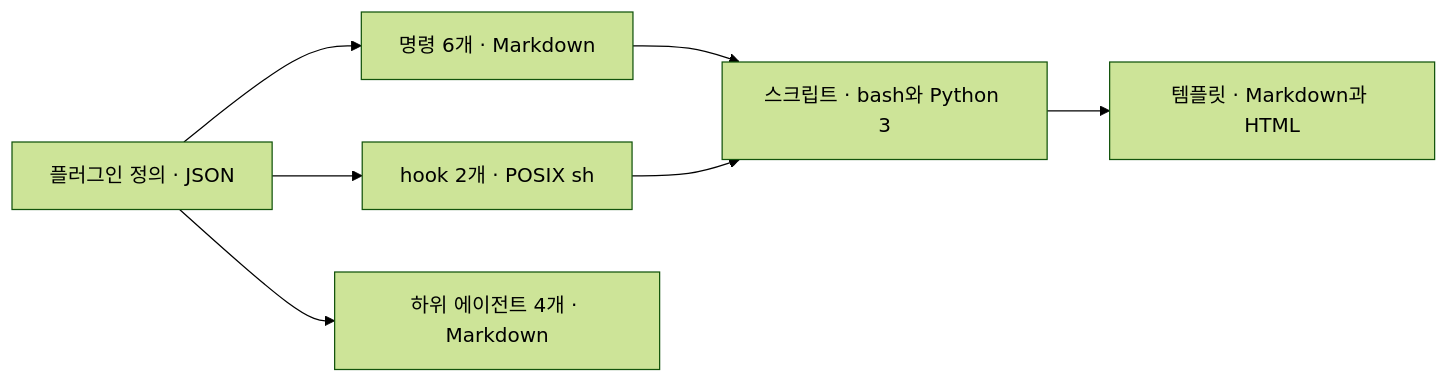
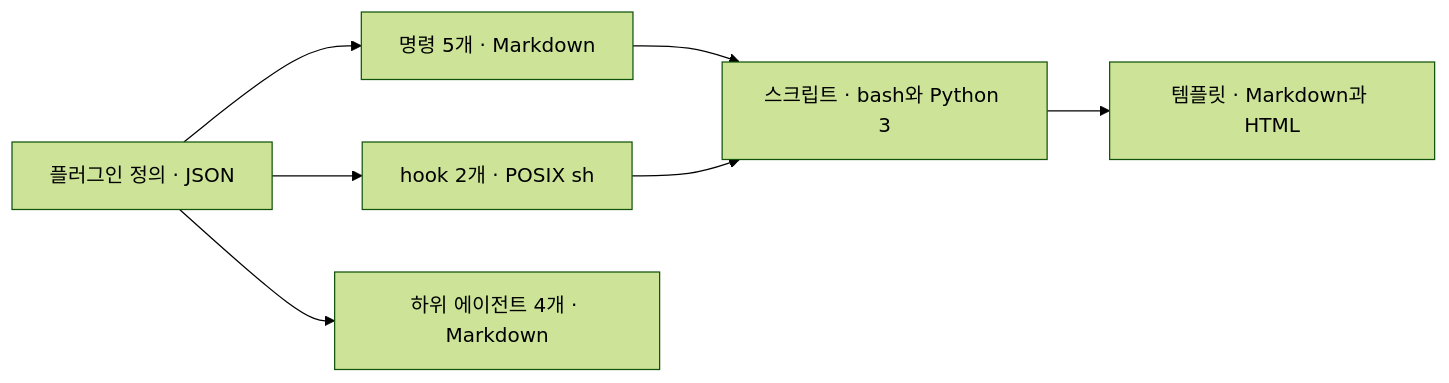
Before and after one commit to dincal/agent_logbook: the first of 2 diagrams in docs/system/stack.md, drawn with Mermaid (forest theme). The commit also changed other lines of this file and 19 other files, not shown here.

````diff
--- a/docs/system/stack.md
+++ b/docs/system/stack.md
@@ -8,9 +8,9 @@
 ```mermaid
 flowchart LR
-  M["플러그인 정의 · JSON"] --> S["명령 6개 · Markdown"]
+  M["플러그인 정의 · JSON"] --> S["명령 5개 · Markdown"]
   M --> H["hook 2개 · POSIX sh"]
   M --> V["하위 에이전트 4개 · Markdown"]
   S --> P["스크립트 · bash와 Python 3"]
   H --> P
   P --> T["템플릿 · Markdown과 HTML"]
 ```
````
